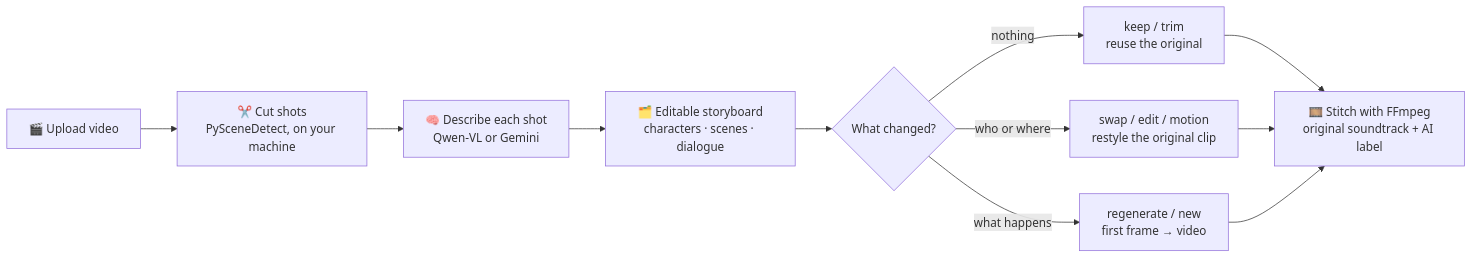
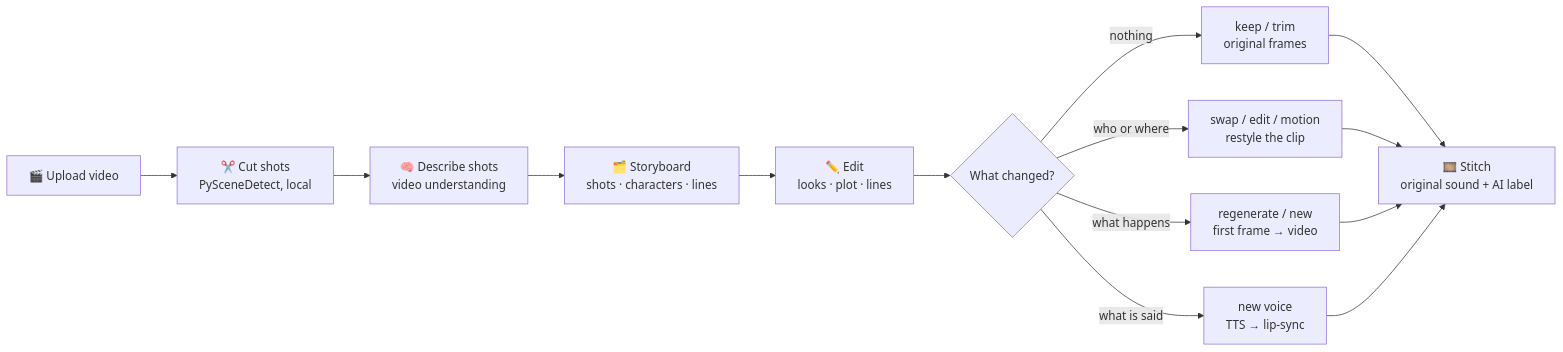
Before and after one commit to zhcalvin/copy-right: the diagram in README.md, drawn with Mermaid. The commit also changed other lines of this file and 26 other files, not shown here.

````diff
--- a/README.md
+++ b/README.md
@@ -62,13 +63,16 @@
 ```mermaid
 flowchart LR
-  A[🎬 Upload video] --> B[✂️ Cut shots<br/>PySceneDetect, on your machine]
-  B --> C[🧠 Describe each shot<br/>Qwen-VL or Gemini]
-  C --> D[🗂️ Editable storyboard<br/>characters · scenes · dialogue]
-  D --> E{What changed?}
-  E -->|nothing| K[keep / trim<br/>reuse the original]
-  E -->|who or where| S[swap / edit / motion<br/>restyle the original clip]
-  E -->|what happens| R[regenerate / new<br/>first frame → video]
-  K --> F[🎞️ Stitch with FFmpeg<br/>original soundtrack + AI label]
-  S --> F
-  R --> F
+  A[🎬 Upload video] --> B[✂️ Cut shots<br/>PySceneDetect, local]
+  B --> C[🧠 Describe shots<br/>video understanding]
+  C --> D[🗂️ Storyboard<br/>shots · characters · lines]
+  D --> E[✏️ Edit<br/>looks · plot · lines]
+  E --> F{What changed?}
+  F -->|nothing| K[keep / trim<br/>original frames]
+  F -->|who or where| S[swap / edit / motion<br/>restyle the clip]
+  F -->|what happens| R[regenerate / new<br/>first frame → video]
+  F -->|what is said| V[new voice<br/>TTS → lip-sync]
+  K --> G[🎞️ Stitch<br/>original sound + AI label]
+  S --> G
+  R --> G
+  V --> G
 ```
````
